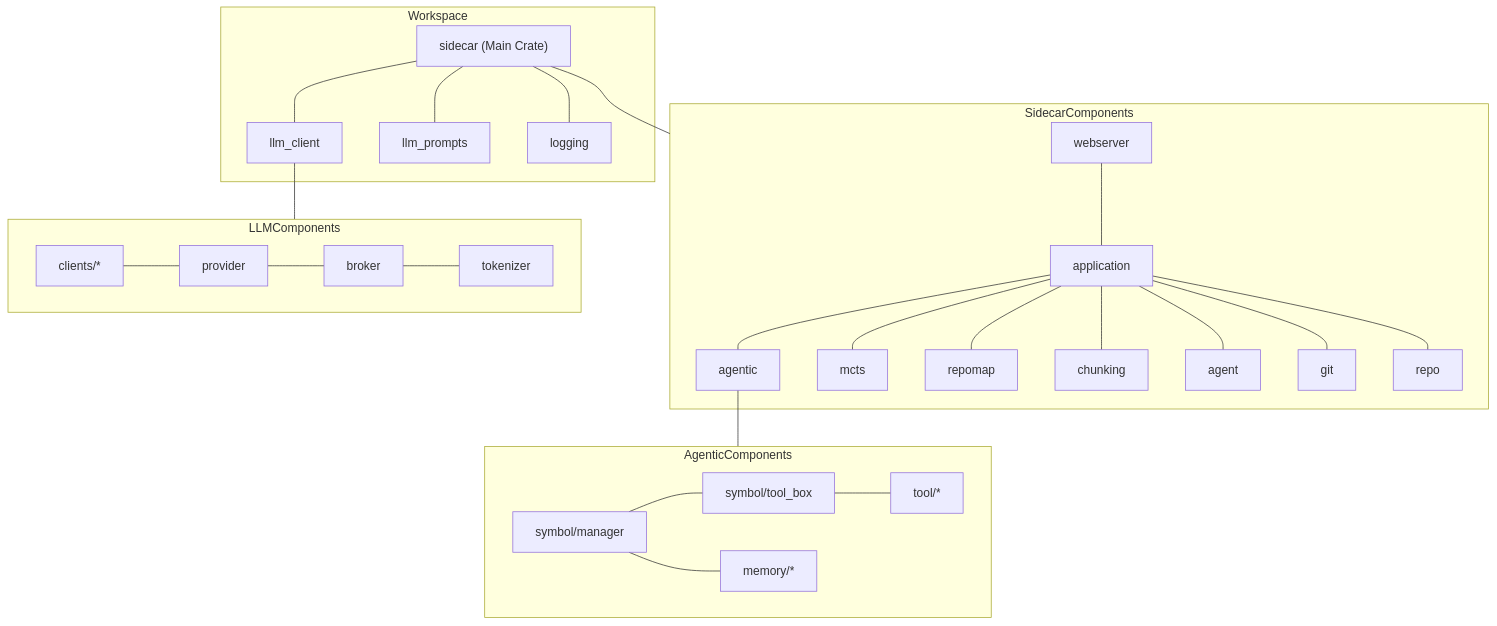
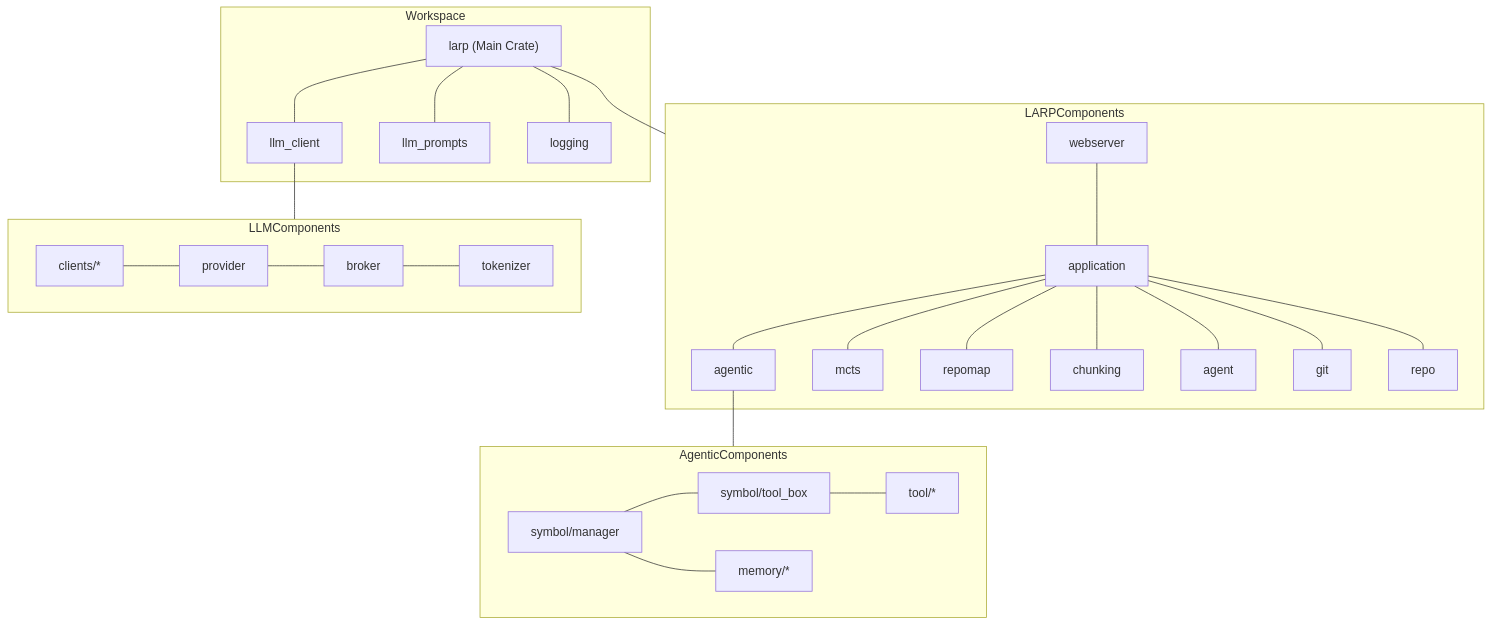
Before and after one commit to openSVM/larp: the third of 5 diagrams in README.md, drawn with Mermaid. The commit also changed other lines of this file and 379 other files, not shown here.

````diff
--- a/README.md
+++ b/README.md
@@ -147,35 +165,35 @@
 ```mermaid
 graph TD
     subgraph Workspace
-        Sidecar["sidecar (Main Crate)"] --- LLMClient["llm_client"] 
-        Sidecar --- LLMPrompts["llm_prompts"]
-        Sidecar --- Logging["logging"]
+        LARP["larp (Main Crate)"] --- LLMClient["llm_client"] 
+        LARP --- LLMPrompts["llm_prompts"]
+        LARP --- Logging["logging"]
     end
     
-    subgraph SidecarComponents
+    subgraph LARPComponents
         Webserver["webserver"] --- Application["application"]
         Application --- Agentic["agentic"]
         Application --- MCTS["mcts"]
         Application --- Repomap["repomap"]
         Application --- Chunking["chunking"]
         Application --- Agent["agent"]
         Application --- Git["git"]
         Application --- Repo["repo"]
     end
     
     subgraph AgenticComponents
         SymbolManager["symbol/manager"] --- ToolBox["symbol/tool_box"]
         ToolBox --- Tools["tool/*"]
         SymbolManager --- Memory["memory/*"]
     end
     
     subgraph LLMComponents
         Clients["clients/*"] --- Provider["provider"]
         Provider --- Broker["broker"]
         Broker --- Tokenizer["tokenizer"]
     end
     
-    Sidecar --- SidecarComponents
+    LARP --- LARPComponents
     Agentic --- AgenticComponents
     LLMClient --- LLMComponents
 ```
````
